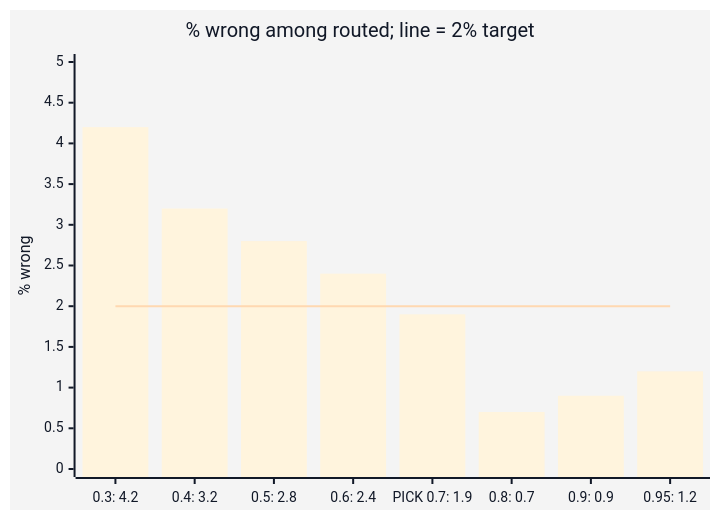
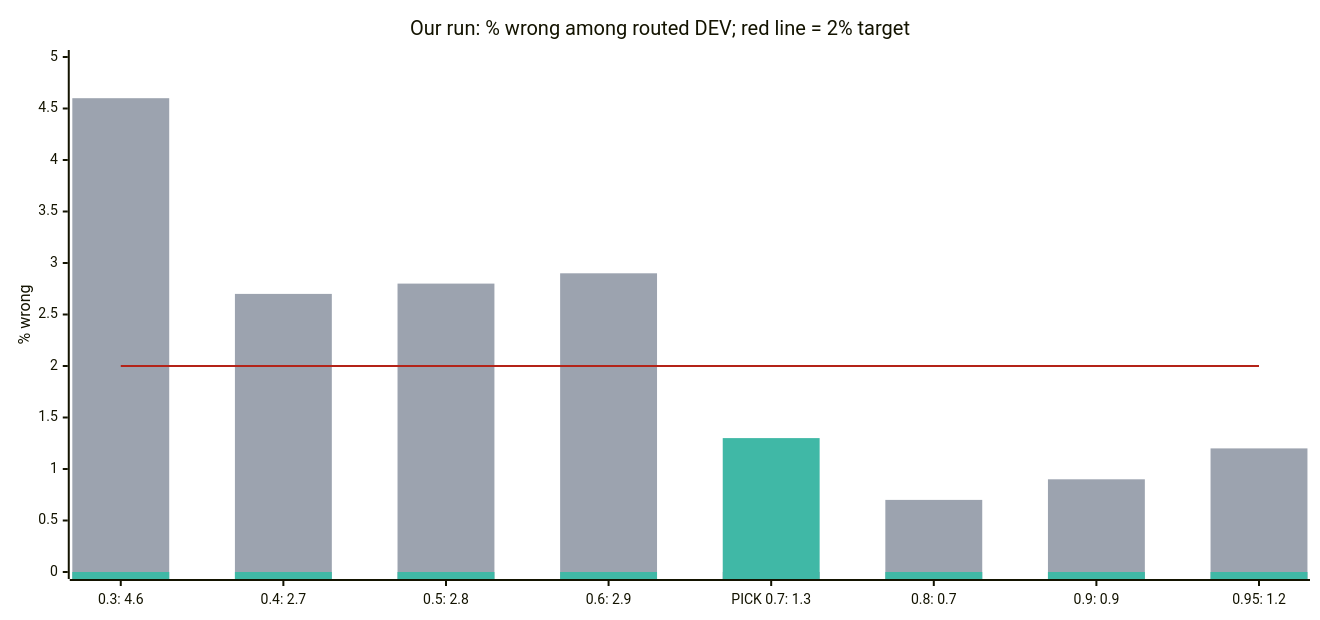
Before and after one commit to axel-sirota/getting_started_jev: the diagram in course/diagrams/module_03/p3-demo-error.mmd, drawn with Mermaid. The commit also changed 41 other files, not shown here.

Commit message:
Module 3: notebooks and diagrams

```diff
--- a/course/diagrams/module_03/p3-demo-error.mmd
+++ b/course/diagrams/module_03/p3-demo-error.mmd
@@ -1,7 +1,9 @@
 %%{init: {"theme": "base", "themeVariables": {"fontFamily": "Inter, sans-serif", "primaryColor": "#ECF8F6", "primaryBorderColor": "#40B8A6", "primaryTextColor": "#111827", "lineColor": "#1A3D4D", "secondaryColor": "#F9FAFB", "tertiaryColor": "#FFFFFF", "clusterBkg": "#F9FAFB", "clusterBorder": "#D1D5DB", "actorBkg": "#ECF8F6", "actorBorder": "#40B8A6", "noteBkgColor": "#FFF6DA", "noteBorderColor": "#E0B84C"}}}%%
+%%{init: {"themeVariables": {"xyChart": {"plotColorPalette": "#9CA3AF, #40B8A6, #B42318"}}, "xyChart": {"width": 1300, "height": 600}}}%%
 xychart-beta
-  title "% wrong among routed; line = 2% target"
-  x-axis ["0.3: 4.2", "0.4: 3.2", "0.5: 2.8", "0.6: 2.4", "PICK 0.7: 1.9", "0.8: 0.7", "0.9: 0.9", "0.95: 1.2"]
+  title "Our run: % wrong among routed DEV; red line = 2% target"
+  x-axis ["0.3: 4.6", "0.4: 2.7", "0.5: 2.8", "0.6: 2.9", "PICK 0.7: 1.3", "0.8: 0.7", "0.9: 0.9", "0.95: 1.2"]
   y-axis "% wrong" 0 --> 5
-  bar [4.2, 3.2, 2.8, 2.4, 1.9, 0.7, 0.9, 1.2]
+  bar [4.6, 2.7, 2.8, 2.9, 0, 0.7, 0.9, 1.2]
+  bar [0, 0, 0, 0, 1.3, 0, 0, 0]
   line [2, 2, 2, 2, 2, 2, 2, 2]
```
